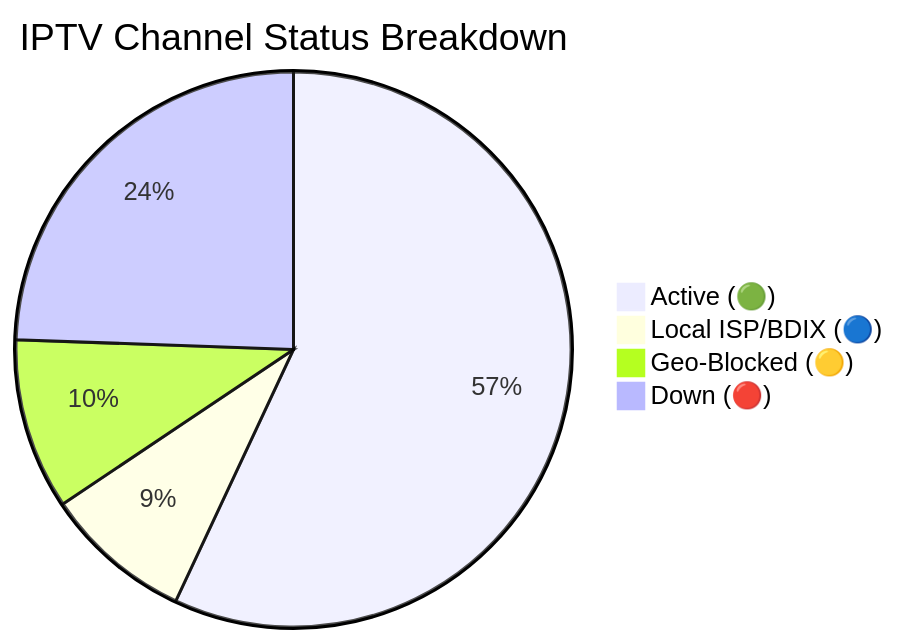
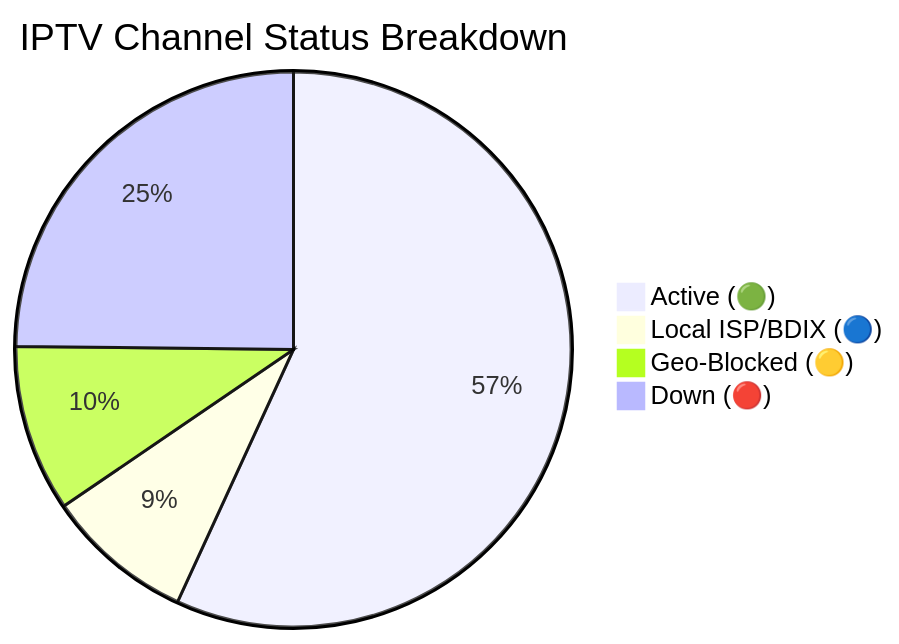
Before and after one commit to Zaman-Topu/Ip-tv-Collection: the diagram in README.md, drawn with Mermaid. The commit also changed other lines of this file and 6 other files, not shown here.

````diff
--- a/README.md
+++ b/README.md
@@ -149,7 +149,7 @@
 ```mermaid
 pie title IPTV Channel Status Breakdown
-    "Active (🟢)" : 10448
-    "Local ISP/BDIX (🔵)" : 1584
-    "Geo-Blocked (🟡)" : 1826
-    "Down (🔴)" : 4482
+    "Active (🟢)" : 10468
+    "Local ISP/BDIX (🔵)" : 1587
+    "Geo-Blocked (🟡)" : 1786
+    "Down (🔴)" : 4571
 ```
````
